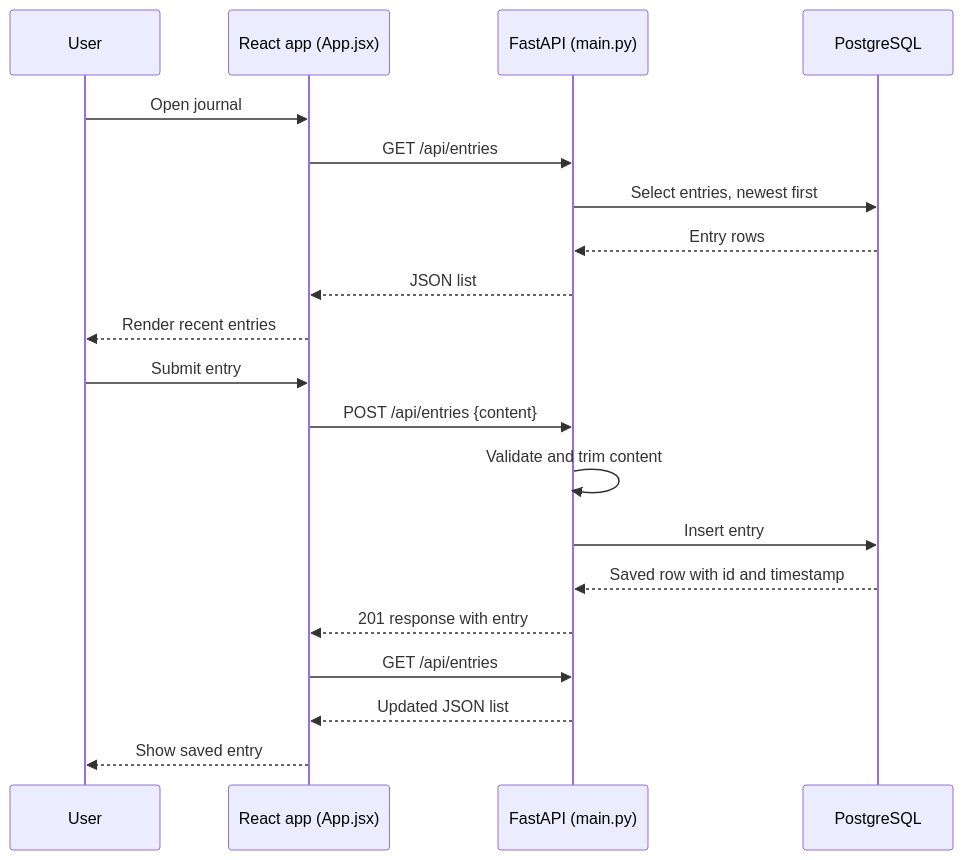
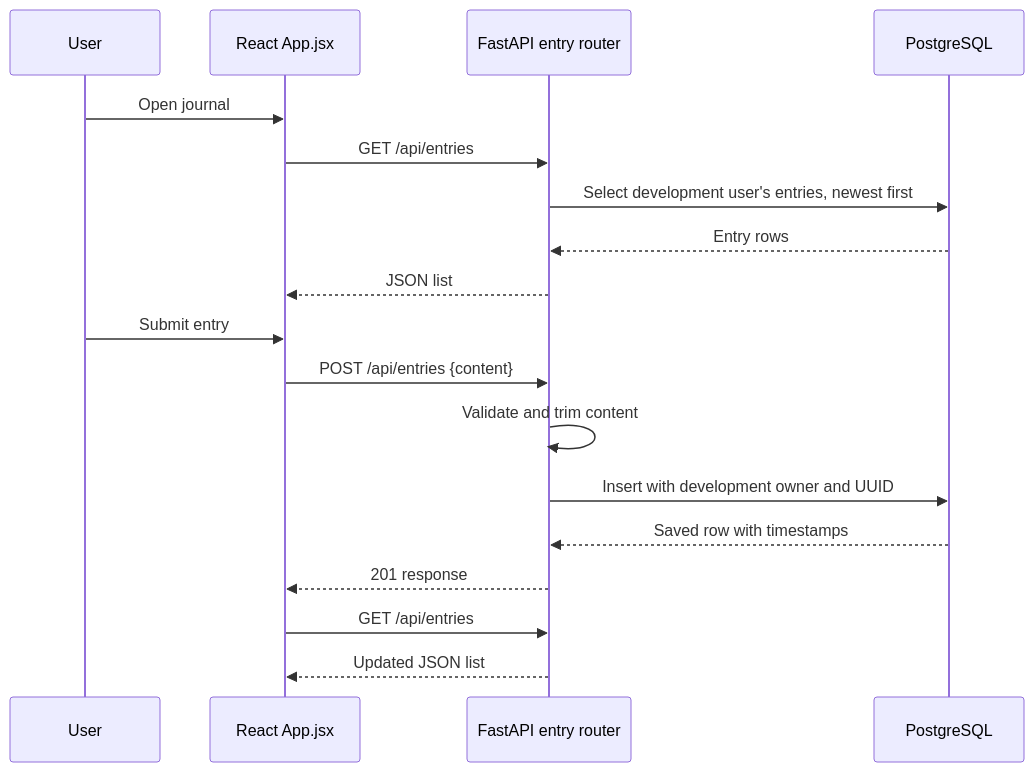
Before and after one commit to CS252-Group02/AuraJournal: the diagram in docs/application-flow.md, drawn with Mermaid. The commit also changed other lines of this file and 4 other files, not shown here.

````diff
--- a/docs/application-flow.md
+++ b/docs/application-flow.md
@@ -7,22 +5,20 @@
 ```mermaid
 sequenceDiagram
     participant User
-    participant UI as React app (App.jsx)
-    participant API as FastAPI (main.py)
+    participant UI as React App.jsx
+    participant API as FastAPI entry router
     participant DB as PostgreSQL
     User->>UI: Open journal
     UI->>API: GET /api/entries
-    API->>DB: Select entries, newest first
+    API->>DB: Select development user's entries, newest first
     DB-->>API: Entry rows
     API-->>UI: JSON list
-    UI-->>User: Render recent entries
     User->>UI: Submit entry
     UI->>API: POST /api/entries {content}
     API->>API: Validate and trim content
-    API->>DB: Insert entry
-    DB-->>API: Saved row with id and timestamp
-    API-->>UI: 201 response with entry
+    API->>DB: Insert with development owner and UUID
+    DB-->>API: Saved row with timestamps
+    API-->>UI: 201 response
     UI->>API: GET /api/entries
     API-->>UI: Updated JSON list
-    UI-->>User: Show saved entry
 ```
````
